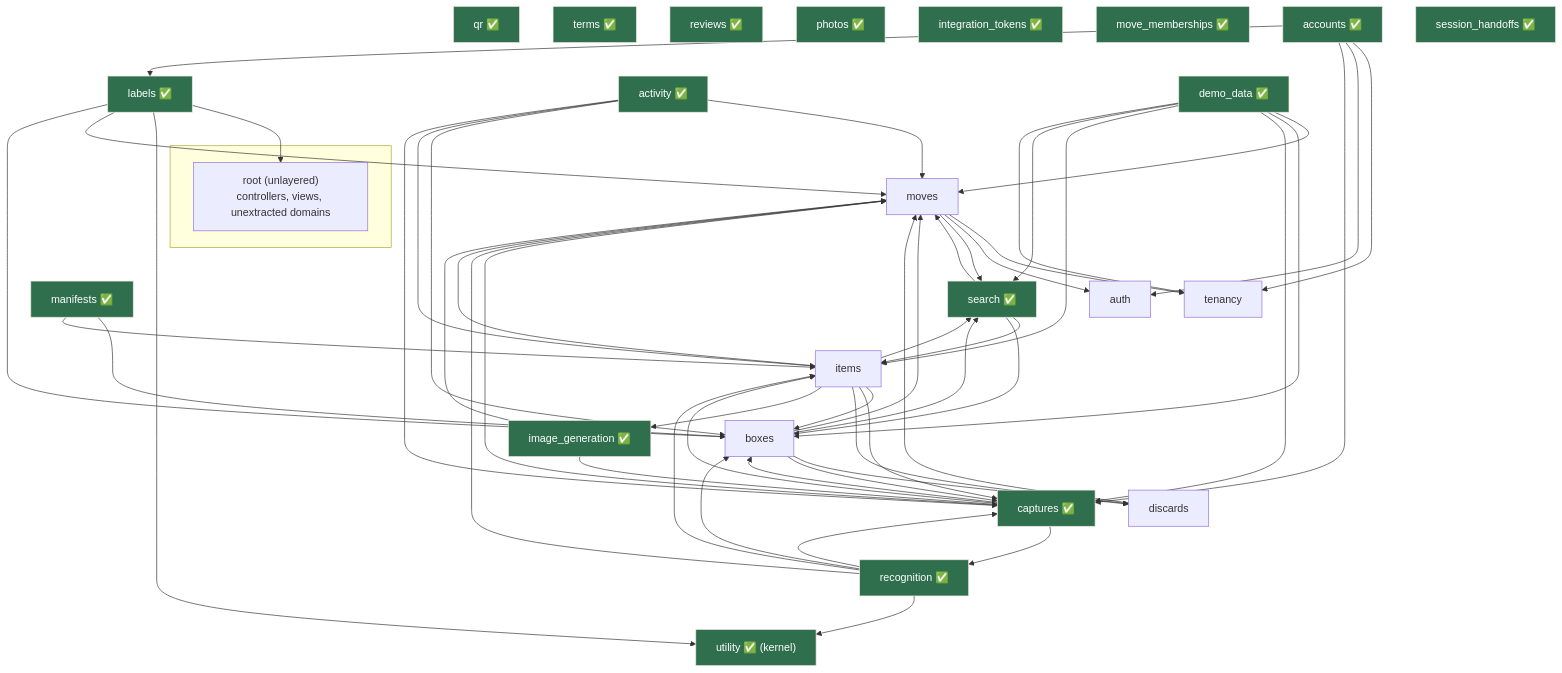
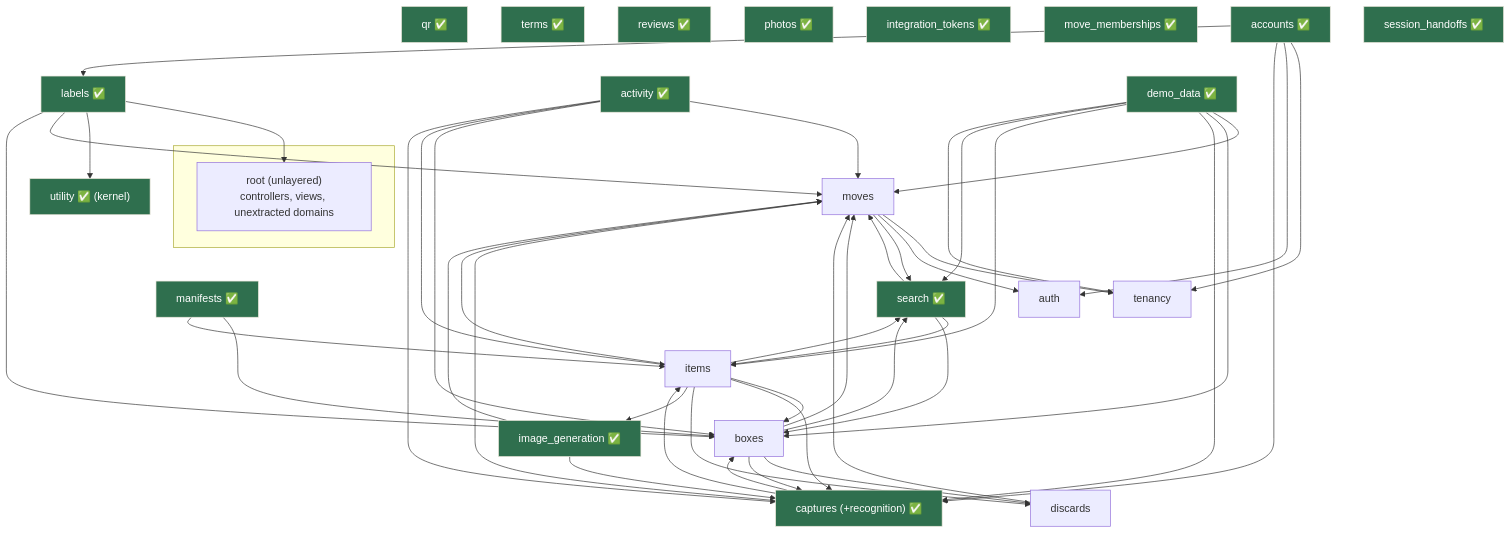
One commit to joel/move changed the diagram in doc/project/packwerk-boundaries.md. Above: the diagram before and after it, drawn with Mermaid. The commit also changed 18 other files, not shown here.

First line of the commit message:
feat(packwerk): fold recognition into packs/captures (one bounded context)

````diff
--- a/doc/project/packwerk-boundaries.md
+++ b/doc/project/packwerk-boundaries.md
@@ -154,48 +154,46 @@
 ```mermaid
 graph TD
     subgraph application [" "]
       root["root (unlayered)<br/>controllers, views, unextracted domains"]
     end
 
     labels["labels ✅"]
     utility["utility ✅ (kernel)"]
     boxes["boxes"]
     items["items"]
     moves["moves"]
-    captures["captures ✅"]
-    recognition["recognition ✅"]
+    captures["captures (+recognition) ✅"]
     search["search ✅"]
     image_gen["image_generation ✅"]
     activity["activity ✅"]
     qr["qr ✅"]
     terms["terms ✅"]
     reviews["reviews ✅"]
     photos["photos ✅"]
     integration_tokens["integration_tokens ✅"]
     move_memberships["move_memberships ✅"]
     manifests["manifests ✅"]
     discards["discards"]
     accounts["accounts ✅"]
     demo["demo_data ✅"]
     tenancy["tenancy"]
     session_handoffs["session_handoffs ✅"]
     auth["auth"]
 
     labels --> root & utility
     boxes --> moves & discards & search & captures
     items --> boxes & moves & captures & discards & image_gen & search
-    captures --> moves & boxes & items & recognition
-    recognition --> moves & boxes & items & captures & utility
+    captures --> moves & boxes & items
     search --> moves & items & boxes
     moves --> tenancy & auth & search
     image_gen --> moves & captures
     activity --> moves & boxes & items & captures
     manifests --> boxes & items
     labels --> moves & boxes
     accounts --> tenancy & auth & captures & labels
     demo --> moves & boxes & captures & items & search & tenancy
     discards --> moves
 
     classDef done fill:#2f6f4e,stroke:#ECE7DC,color:#fff;
-    class labels,utility,manifests,search,recognition,activity,qr,terms,reviews,photos,integration_tokens,move_memberships,session_handoffs,accounts,vocabularies,image_gen,demo,captures done;
+    class labels,utility,manifests,search,activity,qr,terms,reviews,photos,integration_tokens,move_memberships,session_handoffs,accounts,vocabularies,image_gen,demo,captures done;
 ```
````
